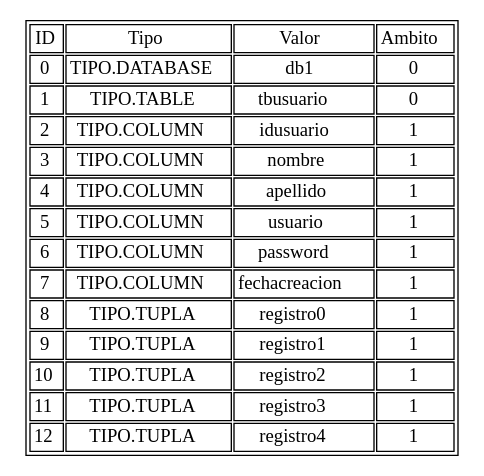
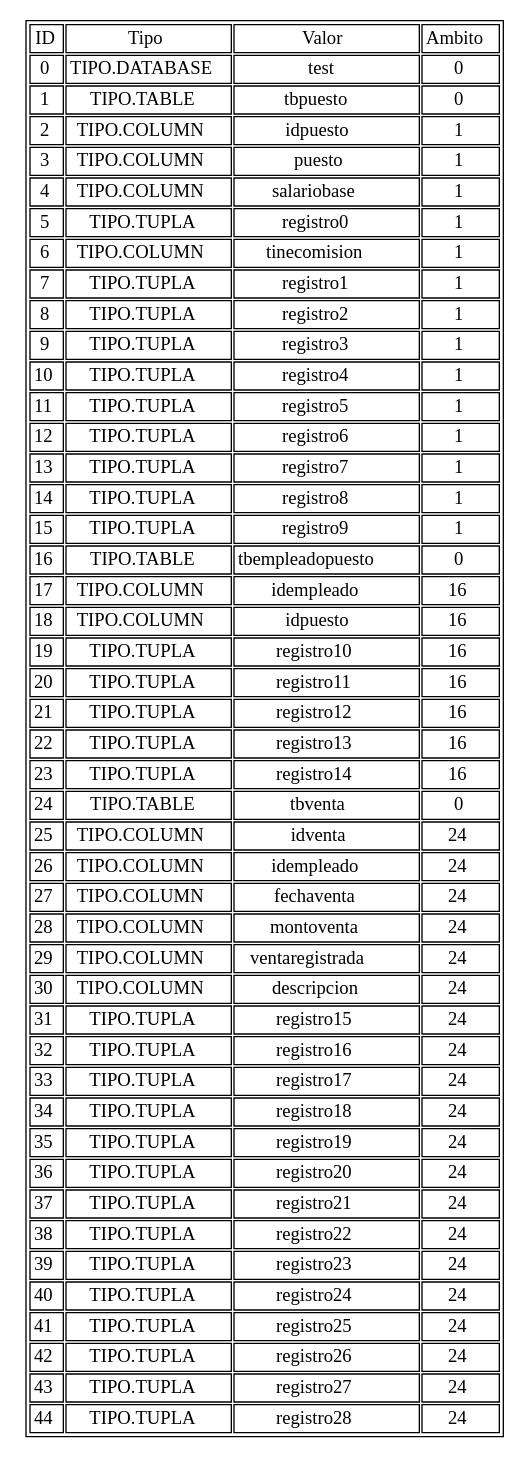
One commit to tytusdb/tytusdb changed the diagram in parser/team24/reporteTabla.gv. Above: the diagram before and after it, drawn with Graphviz. The commit also changed 9 other files, not shown here.

```diff
--- a/parser/team24/reporteTabla.gv
+++ b/parser/team24/reporteTabla.gv
@@ -5,79 +5,271 @@
 <TD>
 0
 </TD><TD>TIPO.DATABASE
-</TD><TD>db1
+</TD><TD>test
 </TD><TD>0
 </TD></TR><TR>
 <TD>
 1
 </TD><TD>TIPO.TABLE
-</TD><TD>tbusuario
+</TD><TD>tbpuesto
 </TD><TD>0
 </TD></TR><TR>
 <TD>
 2
 </TD><TD>TIPO.COLUMN
-</TD><TD>idusuario
+</TD><TD>idpuesto
 </TD><TD>1
 </TD></TR><TR>
 <TD>
 3
 </TD><TD>TIPO.COLUMN
-</TD><TD>nombre
+</TD><TD>puesto
 </TD><TD>1
 </TD></TR><TR>
 <TD>
 4
 </TD><TD>TIPO.COLUMN
-</TD><TD>apellido
+</TD><TD>salariobase
 </TD><TD>1
 </TD></TR><TR>
 <TD>
 5
-</TD><TD>TIPO.COLUMN
-</TD><TD>usuario
+</TD><TD>TIPO.TUPLA
+</TD><TD>registro0
 </TD><TD>1
 </TD></TR><TR>
 <TD>
 6
 </TD><TD>TIPO.COLUMN
-</TD><TD>password
+</TD><TD>tinecomision
 </TD><TD>1
 </TD></TR><TR>
 <TD>
 7
-</TD><TD>TIPO.COLUMN
-</TD><TD>fechacreacion
+</TD><TD>TIPO.TUPLA
+</TD><TD>registro1
 </TD><TD>1
 </TD></TR><TR>
 <TD>
 8
 </TD><TD>TIPO.TUPLA
-</TD><TD>registro0
+</TD><TD>registro2
 </TD><TD>1
 </TD></TR><TR>
 <TD>
 9
 </TD><TD>TIPO.TUPLA
-</TD><TD>registro1
+</TD><TD>registro3
 </TD><TD>1
 </TD></TR><TR>
 <TD>
 10
 </TD><TD>TIPO.TUPLA
-</TD><TD>registro2
+</TD><TD>registro4
 </TD><TD>1
 </TD></TR><TR>
 <TD>
 11
 </TD><TD>TIPO.TUPLA
-</TD><TD>registro3
+</TD><TD>registro5
 </TD><TD>1
 </TD></TR><TR>
 <TD>
 12
 </TD><TD>TIPO.TUPLA
-</TD><TD>registro4
+</TD><TD>registro6
 </TD><TD>1
+</TD></TR><TR>
+<TD>
+13
+</TD><TD>TIPO.TUPLA
+</TD><TD>registro7
+</TD><TD>1
+</TD></TR><TR>
+<TD>
+14
+</TD><TD>TIPO.TUPLA
+</TD><TD>registro8
+</TD><TD>1
+</TD></TR><TR>
+<TD>
+15
+</TD><TD>TIPO.TUPLA
+</TD><TD>registro9
+</TD><TD>1
+</TD></TR><TR>
+<TD>
+16
+</TD><TD>TIPO.TABLE
+</TD><TD>tbempleadopuesto
+</TD><TD>0
+</TD></TR><TR>
+<TD>
+17
+</TD><TD>TIPO.COLUMN
+</TD><TD>idempleado
+</TD><TD>16
+</TD></TR><TR>
+<TD>
+18
+</TD><TD>TIPO.COLUMN
+</TD><TD>idpuesto
+</TD><TD>16
+</TD></TR><TR>
+<TD>
+19
+</TD><TD>TIPO.TUPLA
+</TD><TD>registro10
+</TD><TD>16
+</TD></TR><TR>
+<TD>
+20
+</TD><TD>TIPO.TUPLA
+</TD><TD>registro11
+</TD><TD>16
+</TD></TR><TR>
+<TD>
+21
+</TD><TD>TIPO.TUPLA
+</TD><TD>registro12
+</TD><TD>16
+</TD></TR><TR>
+<TD>
+22
+</TD><TD>TIPO.TUPLA
+</TD><TD>registro13
+</TD><TD>16
+</TD></TR><TR>
+<TD>
+23
+</TD><TD>TIPO.TUPLA
+</TD><TD>registro14
+</TD><TD>16
+</TD></TR><TR>
+<TD>
+24
+</TD><TD>TIPO.TABLE
+</TD><TD>tbventa
+</TD><TD>0
+</TD></TR><TR>
+<TD>
+25
+</TD><TD>TIPO.COLUMN
+</TD><TD>idventa
+</TD><TD>24
+</TD></TR><TR>
+<TD>
+26
+</TD><TD>TIPO.COLUMN
+</TD><TD>idempleado
+</TD><TD>24
+</TD></TR><TR>
+<TD>
+27
+</TD><TD>TIPO.COLUMN
+</TD><TD>fechaventa
+</TD><TD>24
+</TD></TR><TR>
+<TD>
+28
+</TD><TD>TIPO.COLUMN
+</TD><TD>montoventa
+</TD><TD>24
+</TD></TR><TR>
+<TD>
+29
+</TD><TD>TIPO.COLUMN
+</TD><TD>ventaregistrada
+</TD><TD>24
+</TD></TR><TR>
+<TD>
+30
+</TD><TD>TIPO.COLUMN
+</TD><TD>descripcion
+</TD><TD>24
+</TD></TR><TR>
+<TD>
+31
+</TD><TD>TIPO.TUPLA
+</TD><TD>registro15
+</TD><TD>24
+</TD></TR><TR>
+<TD>
+32
+</TD><TD>TIPO.TUPLA
+</TD><TD>registro16
+</TD><TD>24
+</TD></TR><TR>
+<TD>
+33
+</TD><TD>TIPO.TUPLA
+</TD><TD>registro17
+</TD><TD>24
+</TD></TR><TR>
+<TD>
+34
+</TD><TD>TIPO.TUPLA
+</TD><TD>registro18
+</TD><TD>24
+</TD></TR><TR>
+<TD>
+35
+</TD><TD>TIPO.TUPLA
+</TD><TD>registro19
+</TD><TD>24
+</TD></TR><TR>
+<TD>
+36
+</TD><TD>TIPO.TUPLA
+</TD><TD>registro20
+</TD><TD>24
+</TD></TR><TR>
+<TD>
+37
+</TD><TD>TIPO.TUPLA
+</TD><TD>registro21
+</TD><TD>24
+</TD></TR><TR>
+<TD>
+38
+</TD><TD>TIPO.TUPLA
+</TD><TD>registro22
+</TD><TD>24
+</TD></TR><TR>
+<TD>
+39
+</TD><TD>TIPO.TUPLA
+</TD><TD>registro23
+</TD><TD>24
+</TD></TR><TR>
+<TD>
+40
+</TD><TD>TIPO.TUPLA
+</TD><TD>registro24
+</TD><TD>24
+</TD></TR><TR>
+<TD>
+41
+</TD><TD>TIPO.TUPLA
+</TD><TD>registro25
+</TD><TD>24
+</TD></TR><TR>
+<TD>
+42
+</TD><TD>TIPO.TUPLA
+</TD><TD>registro26
+</TD><TD>24
+</TD></TR><TR>
+<TD>
+43
+</TD><TD>TIPO.TUPLA
+</TD><TD>registro27
+</TD><TD>24
+</TD></TR><TR>
+<TD>
+44
+</TD><TD>TIPO.TUPLA
+</TD><TD>registro28
+</TD><TD>24
 </TD></TR></TABLE>>, ];
 }
```
